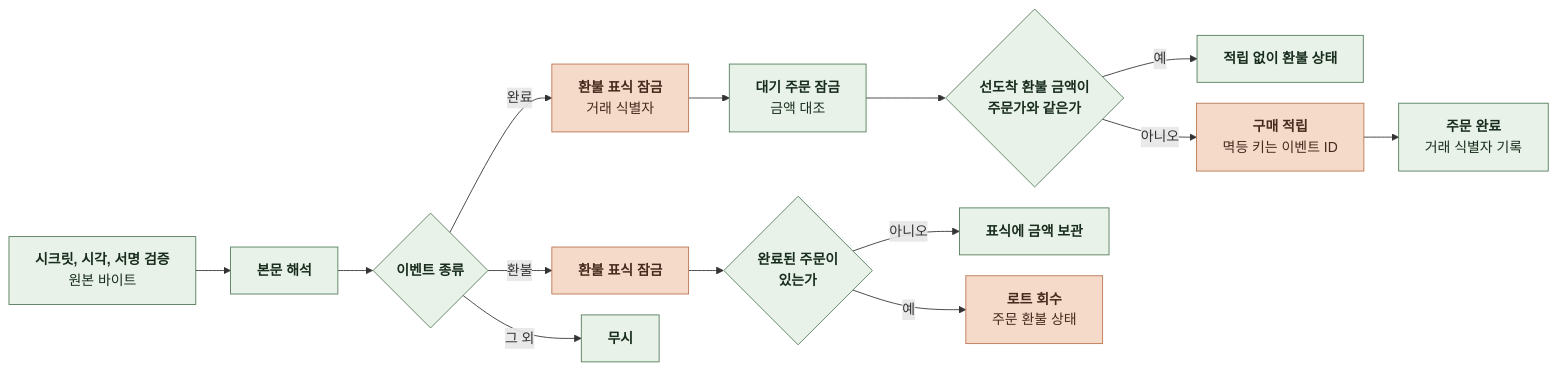
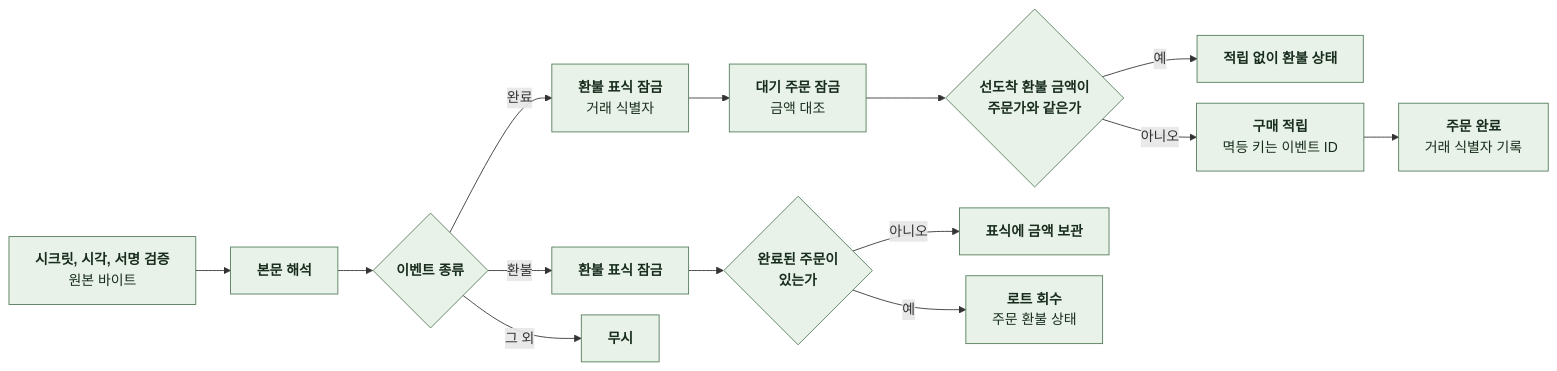
One commit to KIM-N-KANG/knk-harness changed diagram 13 of 14 in docs/domain/PAYMENT/BACKEND/4-1-PIPELINES.md. Above: the diagram before and after it, drawn with Mermaid. The commit also changed other lines of this file, not shown here.

````diff
--- a/docs/domain/PAYMENT/BACKEND/4-1-PIPELINES.md
+++ b/docs/domain/PAYMENT/BACKEND/4-1-PIPELINES.md
@@ -357,29 +356,28 @@
 ```mermaid
 %%{init: {"flowchart": {"curve": "basis", "nodeSpacing": 24, "rankSpacing": 40}}}%%
 flowchart LR
     A["`**시크릿, 시각, 서명 검증**
 원본 바이트`"] --> B["`**본문 해석**`"]
     B --> C{"`**이벤트 종류**`"}
     C -->|완료| D["`**환불 표식 잠금**
 거래 식별자`"]
     D --> E["`**대기 주문 잠금**
 금액 대조`"]
     E --> F{"`**선도착 환불 금액이
 주문가와 같은가**`"}
     F -->|예| G["`**적립 없이 환불 상태**`"]
     F -->|아니오| H["`**구매 적립**
 멱등 키는 이벤트 ID`"]
     H --> I["`**주문 완료**
 거래 식별자 기록`"]
     C -->|환불| J["`**환불 표식 잠금**`"]
     J --> K{"`**완료된 주문이
 있는가**`"}
     K -->|아니오| L["`**표식에 금액 보관**`"]
     K -->|예| M["`**로트 회수**
 주문 환불 상태`"]
     C -->|그 외| N["`**무시**`"]
     classDef comp fill:#E8F2E8,stroke:#527A59,color:#182D1D
     classDef task fill:#F5D9C9,stroke:#B97450,color:#452B1D
-    class A,B,C,E,F,G,I,K,L,N comp
-    class D,H,J,M task
+    class A,B,C,D,E,F,G,H,I,J,K,L,M,N comp
 ```
````
